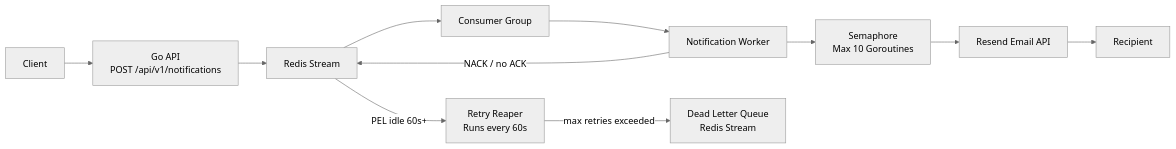
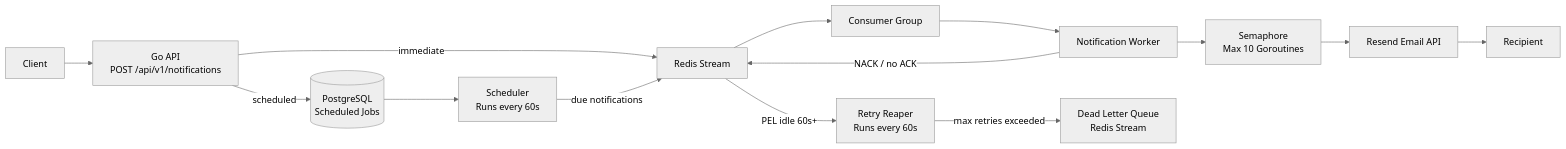
One commit to Habeebamoo/intunel-backend changed the first of 2 diagrams in README.md. Above: the diagram before and after it, drawn with Mermaid (neutral theme). The commit also changed other lines of this file, not shown here.

````diff
--- a/README.md
+++ b/README.md
@@ -9,24 +9,29 @@
 ```mermaid
 flowchart LR
     Client[Client]
     API["Go API\nPOST /api/v1/notifications"]
     Stream["Redis Stream"]
     Group["Consumer Group"]
     Worker["Notification Worker"]
     Semaphore["Semaphore\nMax 10 Goroutines"]
     Reaper["Retry Reaper\nRuns every 60s"]
+    Scheduler["Scheduler\nRuns every 60s"]
+    Postgres[("PostgreSQL\nScheduled Jobs")]
     DLQ["Dead Letter Queue\nRedis Stream"]
     Email["Resend Email API"]
     Recipient[Recipient]
 
     Client --> API
-    API --> Stream
+    API -- "immediate" --> Stream
+    API -- "scheduled" --> Postgres
+    Postgres --> Scheduler
+    Scheduler -- "due notifications" --> Stream
     Stream --> Group
     Group --> Worker
     Worker --> Semaphore
     Semaphore --> Email
     Email --> Recipient
     Worker -- "NACK / no ACK" --> Stream
     Stream -- "PEL idle 60s+" --> Reaper
     Reaper -- "max retries exceeded" --> DLQ
 ```
````
